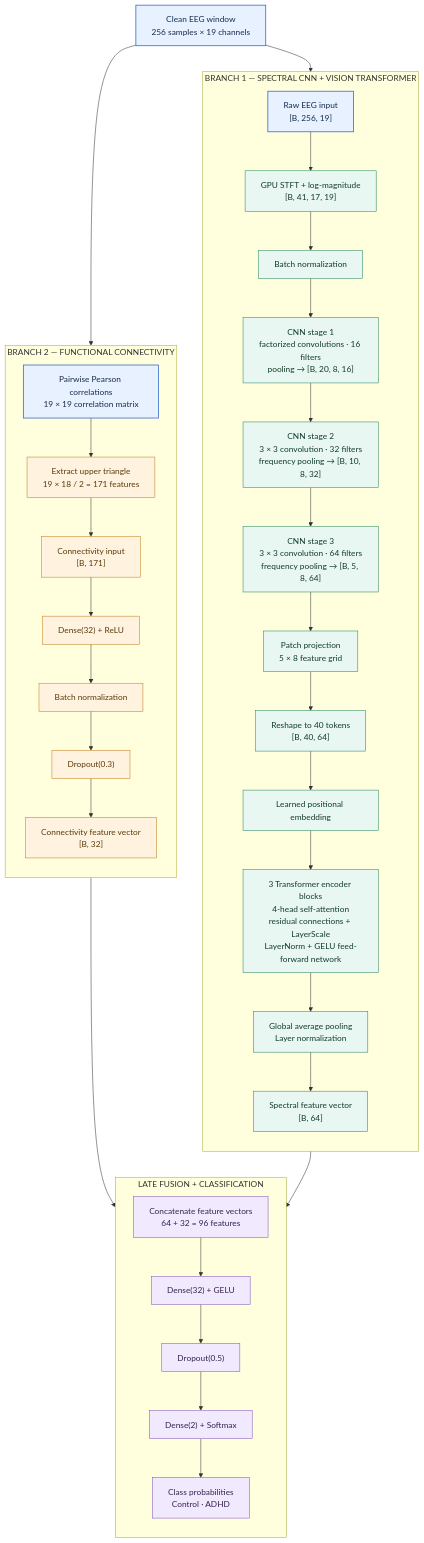
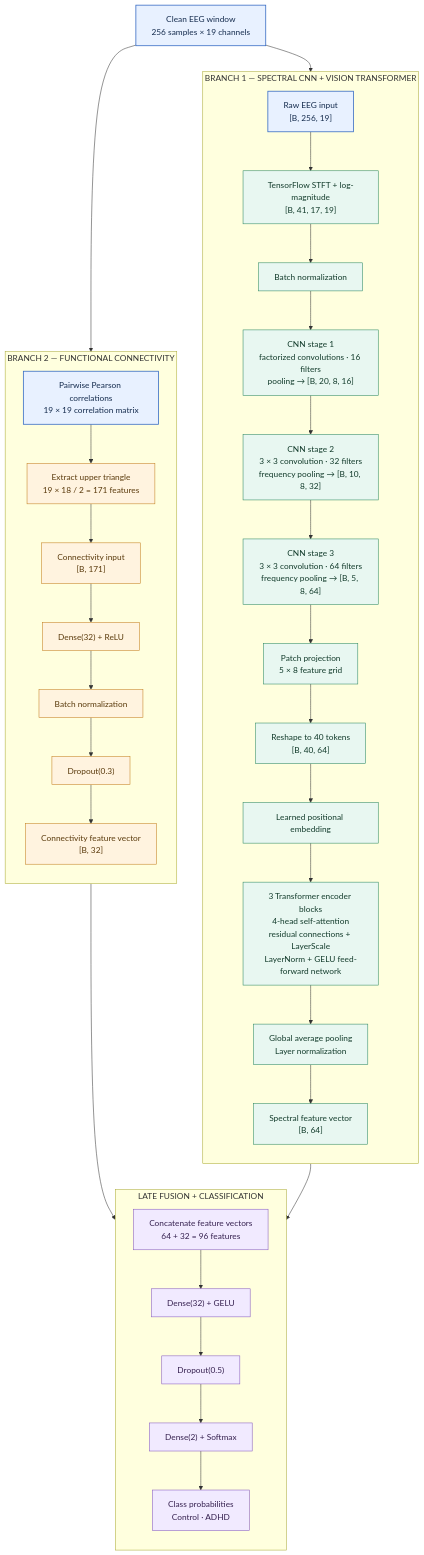
Before and after one commit to RITESH2127/ADHD-DETECTION: the diagram in README.md, drawn with Mermaid. The commit also changed other lines of this file, not shown here.

Commit message:
Correct README architecture, environment and evaluation details

````diff
--- a/README.md
+++ b/README.md
@@ -185,51 +185,51 @@
 ```mermaid
 flowchart TB
     EEG["Clean EEG window<br/>256 samples × 19 channels"] 
 
     EEG --> RAW["Raw EEG input<br/>[B, 256, 19]"]
     EEG --> CORR["Pairwise Pearson correlations<br/>19 × 19 correlation matrix"]
 
     subgraph SPECTRAL["BRANCH 1 — SPECTRAL CNN + VISION TRANSFORMER"]
         direction TB
-        RAW --> STFT["GPU STFT + log-magnitude<br/>[B, 41, 17, 19]"]
+        RAW --> STFT["TensorFlow STFT + log-magnitude<br/>[B, 41, 17, 19]"]
         STFT --> BN0["Batch normalization"]
         BN0 --> CNN1["CNN stage 1<br/>factorized convolutions · 16 filters<br/>pooling → [B, 20, 8, 16]"]
         CNN1 --> CNN2["CNN stage 2<br/>3 × 3 convolution · 32 filters<br/>frequency pooling → [B, 10, 8, 32]"]
         CNN2 --> CNN3["CNN stage 3<br/>3 × 3 convolution · 64 filters<br/>frequency pooling → [B, 5, 8, 64]"]
         CNN3 --> PROJ["Patch projection<br/>5 × 8 feature grid"]
         PROJ --> TOKENS["Reshape to 40 tokens<br/>[B, 40, 64]"]
         TOKENS --> POS["Learned positional embedding"]
         POS --> VIT["3 Transformer encoder blocks<br/>4-head self-attention<br/>residual connections + LayerScale<br/>LayerNorm + GELU feed-forward network"]
         VIT --> POOL["Global average pooling<br/>Layer normalization"]
         POOL --> VF["Spectral feature vector<br/>[B, 64]"]
     end
 
     subgraph CONNECTIVITY["BRANCH 2 — FUNCTIONAL CONNECTIVITY"]
         direction TB
         CORR --> UPPER["Extract upper triangle<br/>19 × 18 / 2 = 171 features"]
         UPPER --> CIN["Connectivity input<br/>[B, 171]"]
         CIN --> CDENSE["Dense(32) + ReLU"]
         CDENSE --> CBN["Batch normalization"]
         CBN --> CDROP["Dropout(0.3)"]
         CDROP --> CF["Connectivity feature vector<br/>[B, 32]"]
     end
 
     subgraph CLASSIFIER["LATE FUSION + CLASSIFICATION"]
         direction TB
         VF --> CONCAT["Concatenate feature vectors<br/>64 + 32 = 96 features"]
         CF --> CONCAT
         CONCAT --> FCDENSE["Dense(32) + GELU"]
         FCDENSE --> FDROP["Dropout(0.5)"]
         FDROP --> OUT["Dense(2) + Softmax"]
         OUT --> PRED["Class probabilities<br/>Control · ADHD"]
     end
 
     classDef input fill:#e8f1ff,stroke:#356ac3,color:#142b4d,stroke-width:1.5px;
     classDef spectral fill:#e8f7f1,stroke:#25845d,color:#123b2b;
     classDef connectivity fill:#fff3df,stroke:#c17b19,color:#59390b;
     classDef fusion fill:#f1eaff,stroke:#8054bd,color:#35204f;
     class RAW,CORR,EEG input;
     class STFT,BN0,CNN1,CNN2,CNN3,PROJ,TOKENS,POS,VIT,POOL,VF spectral;
     class UPPER,CIN,CDENSE,CBN,CDROP,CF connectivity;
     class CONCAT,FCDENSE,FDROP,OUT,PRED fusion;
 ```
````
